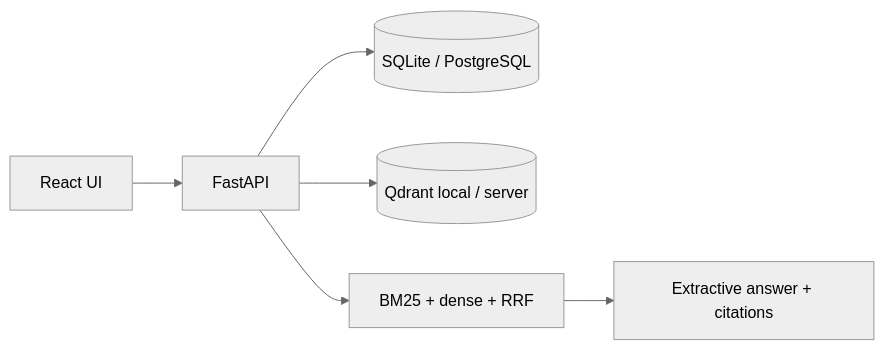
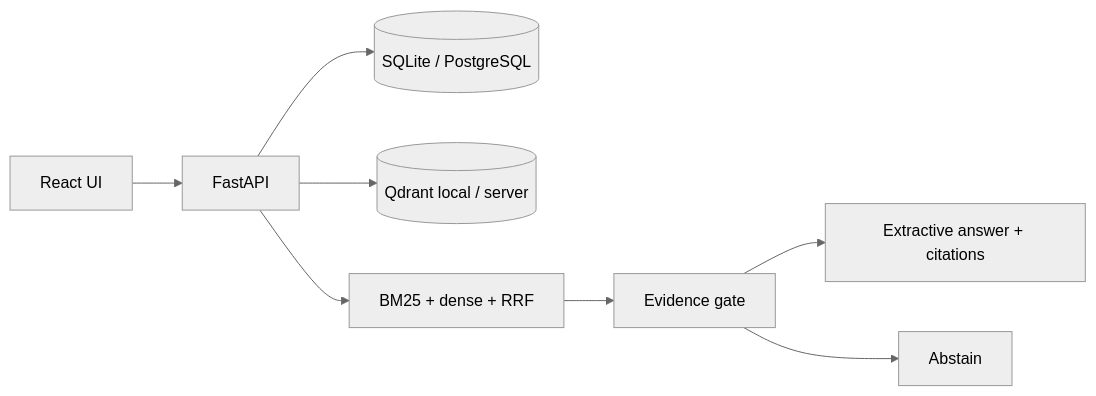
One commit to hasanhuseyinyetkiner/hr-policy-copilot changed the diagram in README.md. Above: the diagram before and after it, drawn with Mermaid (neutral theme). The commit also changed other lines of this file and 19 other files, not shown here.

````diff
--- a/README.md
+++ b/README.md
@@ -44,8 +64,10 @@
 ```mermaid
 flowchart LR
   U[React UI] --> A[FastAPI]
   A --> PG[(SQLite / PostgreSQL)]
   A --> Q[(Qdrant local / server)]
   A --> R[BM25 + dense + RRF]
-  R --> E[Extractive answer + citations]
+  R --> E[Evidence gate]
+  E --> X[Extractive answer + citations]
+  E --> Z[Abstain]
 ```
````
